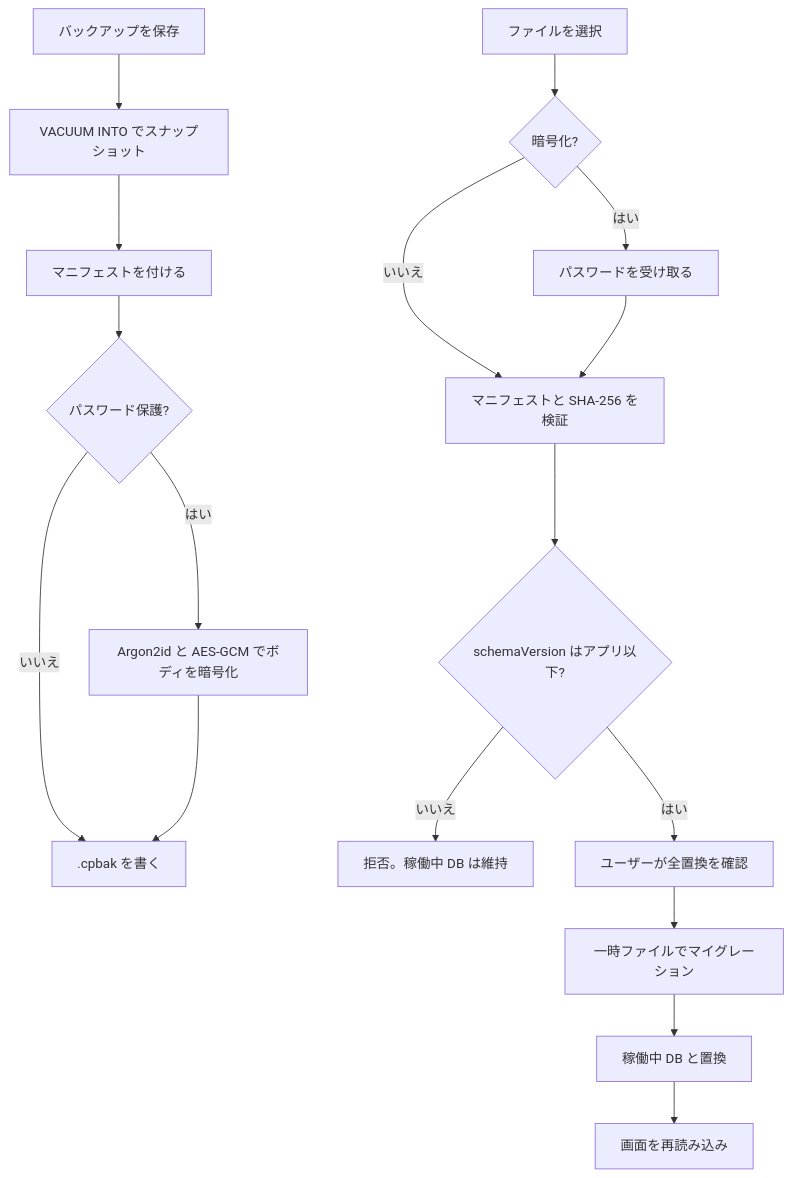
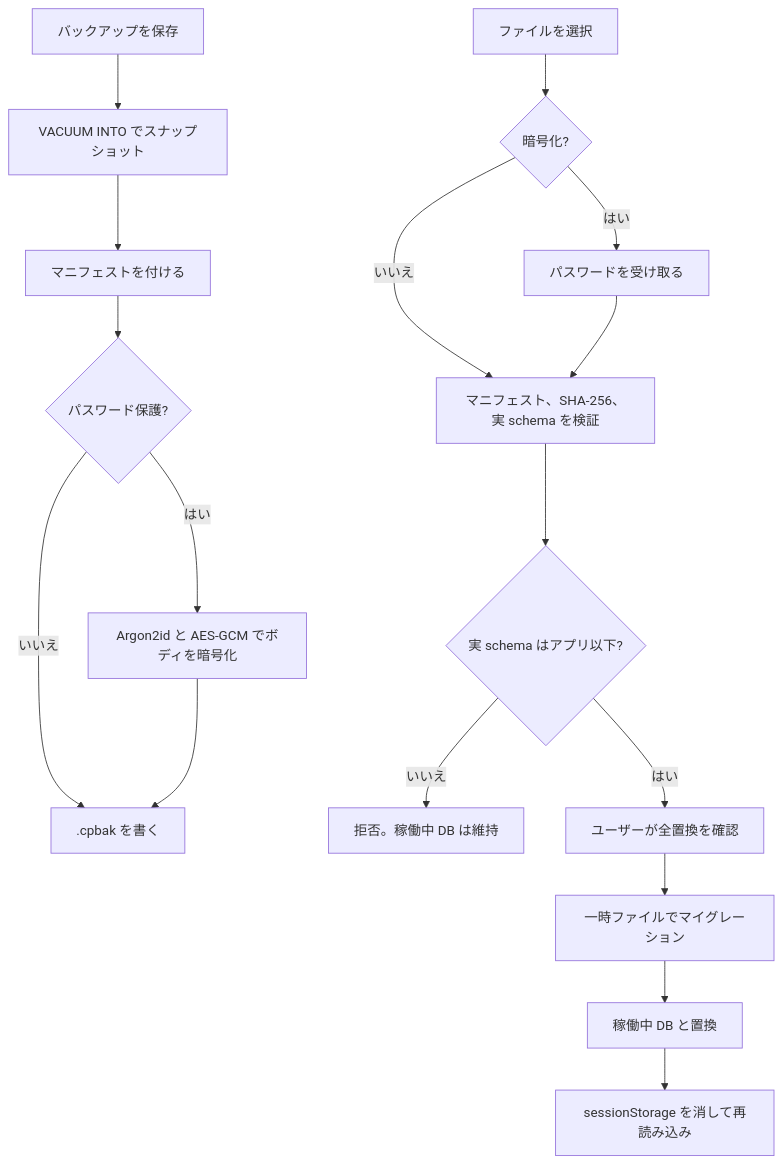
One commit to topea-3/craft-post-app changed the diagram in docs/design/backup-restore-design.md. Above: the diagram before and after it, drawn with Mermaid. The commit also changed other lines of this file and 1 other file, not shown here.

````diff
--- a/docs/design/backup-restore-design.md
+++ b/docs/design/backup-restore-design.md
@@ -346,19 +371,19 @@
 ```mermaid
 flowchart TD
   A[バックアップを保存] --> B[VACUUM INTO でスナップショット]
   B --> C[マニフェストを付ける]
   C --> D{パスワード保護?}
   D -->|いいえ| E[.cpbak を書く]
   D -->|はい| F[Argon2id と AES-GCM でボディを暗号化]
   F --> E
   G[ファイルを選択] --> H{暗号化?}
   H -->|はい| I[パスワードを受け取る]
-  H -->|いいえ| J[マニフェストと SHA-256 を検証]
+  H -->|いいえ| J[マニフェスト、SHA-256、実 schema を検証]
   I --> J
-  J --> K{schemaVersion はアプリ以下?}
+  J --> K{実 schema はアプリ以下?}
   K -->|いいえ| L[拒否。稼働中 DB は維持]
   K -->|はい| M[ユーザーが全置換を確認]
   M --> N[一時ファイルでマイグレーション]
   N --> O[稼働中 DB と置換]
-  O --> P[画面を再読み込み]
+  O --> P[sessionStorage を消して再読み込み]
 ```
````
